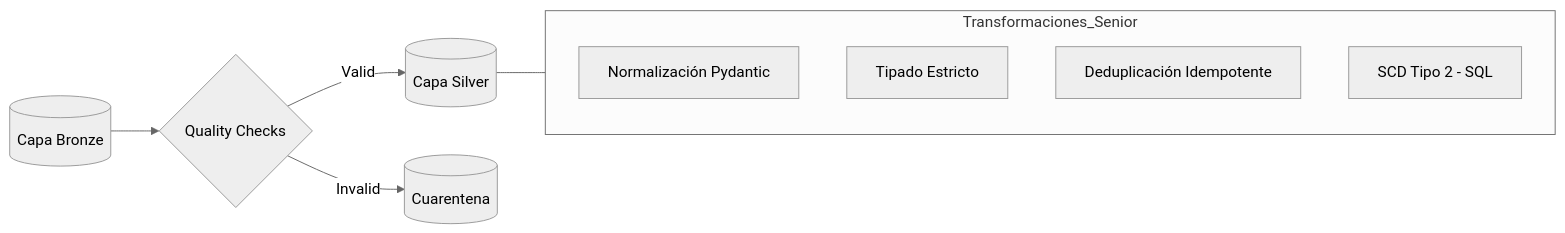
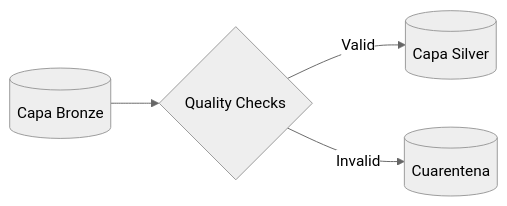
Before and after one commit to juansokil/LCD-InfraCienciaDatos: the first of 2 diagrams in clase04/README.md, drawn with Mermaid (neutral theme). The commit also changed other lines of this file and 10 other files, not shown here.

````diff
--- a/clase04/README.md
+++ b/clase04/README.md
@@ -28,14 +27,6 @@
 ```mermaid
 graph LR
     B[(Capa Bronze)] --> QC{Quality Checks}
     QC -->|Valid| S[(Capa Silver)]
     QC -->|Invalid| Q[(Cuarentena)]
-
-    subgraph Transformaciones_Senior
-        T1[Normalización Pydantic]
-        T2[Tipado Estricto]
-        T3[Deduplicación Idempotente]
-        T4[SCD Tipo 2 - SQL]
-    end
-    S --- Transformaciones_Senior
 ```
````
